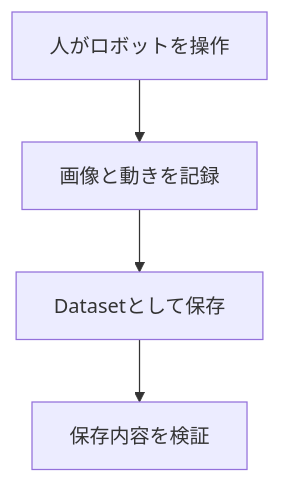
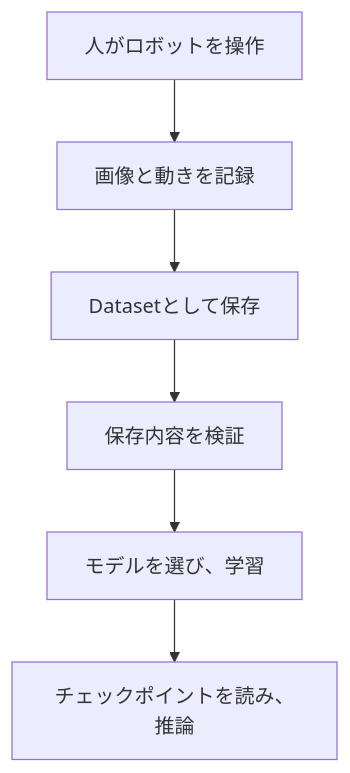
One commit to 26Taku/aloha-vla-reference changed the diagram in README.md. Above: the diagram before and after it, drawn with Mermaid. The commit also changed other lines of this file and 29 other files, not shown here.

````diff
--- a/README.md
+++ b/README.md
@@ -5,6 +5,8 @@
 ```mermaid
 flowchart TD
     A["人がロボットを操作"] --> B["画像と動きを記録"]
     B --> C["Datasetとして保存"]
     C --> D["保存内容を検証"]
+    D --> E["モデルを選び、学習"]
+    E --> F["チェックポイントを読み、推論"]
 ```
````
